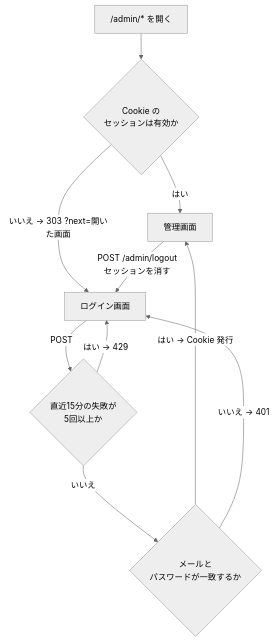
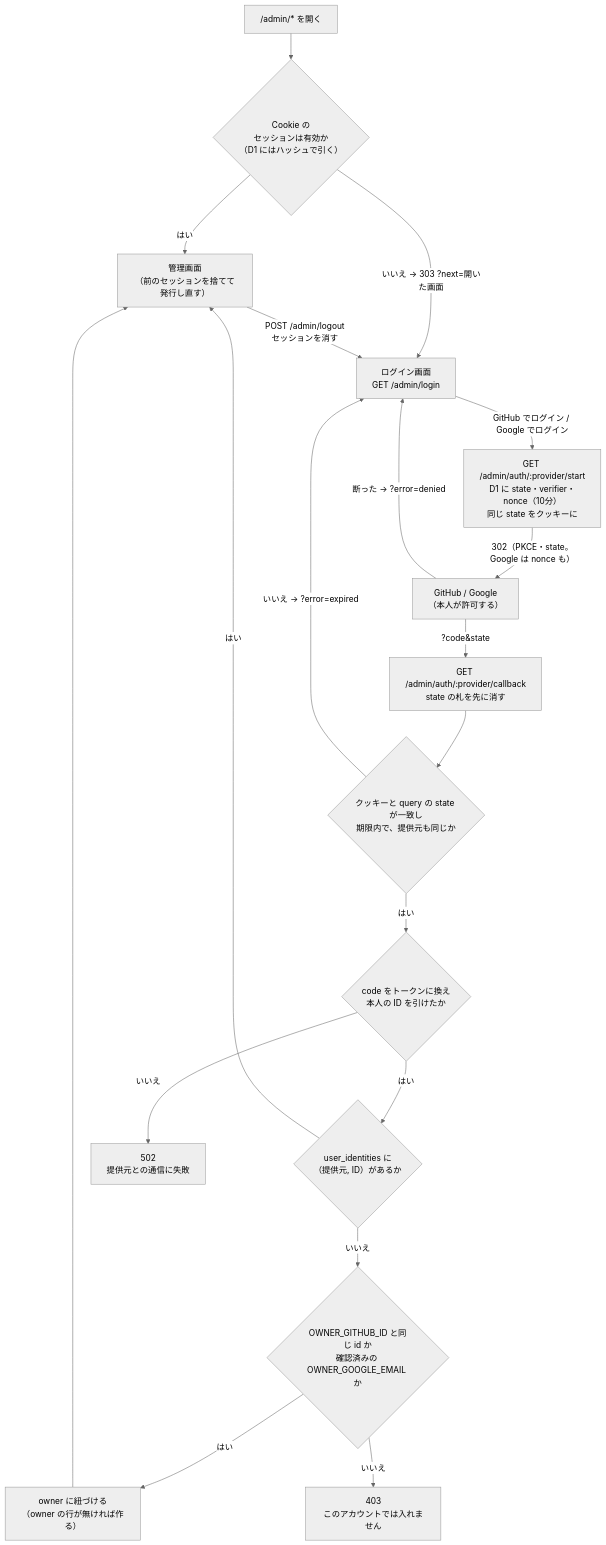
One commit to iam74k4/Web-AstLog changed the third of 4 diagrams in docs/flow.md. Above: the diagram before and after it, drawn with Mermaid (neutral theme). The commit also changed other lines of this file and 26 other files, not shown here.

First line of the commit message:
feat: 管理画面のログインを GitHub / Google の OAuth にする — パスワードをやめる

````diff
--- a/docs/flow.md
+++ b/docs/flow.md
@@ -258,19 +264,36 @@
 ```mermaid
 flowchart TD
     Any["/admin/* を開く"]
-    Check{"Cookie の<br>セッションは有効か"}
-    Login["ログイン画面"]
-    Rate{"直近15分の失敗が<br>5回以上か"}
-    Verify{"メールと<br>パスワードが一致するか"}
-    Admin["管理画面"]
+    Check{"Cookie の<br>セッションは有効か<br>（D1 にはハッシュで引く）"}
+    Login["ログイン画面<br>GET /admin/login"]
+    Start["GET /admin/auth/:provider/start<br>D1 に state・verifier・nonce（10分）<br>同じ state をクッキーに"]
+    Provider["GitHub / Google<br>（本人が許可する）"]
+    Callback["GET /admin/auth/:provider/callback<br>state の札を先に消す"]
+    State{"クッキーと query の state が一致し<br>期限内で、提供元も同じか"}
+    Exchange{"code をトークンに換え<br>本人の ID を引けたか"}
+    Who{"user_identities に<br>（提供元, ID）があるか"}
+    Owner{"OWNER_GITHUB_ID と同じ id か<br>確認済みの OWNER_GOOGLE_EMAIL か"}
+    Link["owner に紐づける<br>（owner の行が無ければ作る）"]
+    Admin["管理画面<br>（前のセッションを捨てて発行し直す）"]
+    Refuse["403<br>このアカウントでは入れません"]
+    Broken["502<br>提供元との通信に失敗"]
 
     Any --> Check
     Check -->|"はい"| Admin
     Check -->|"いいえ → 303 ?next=開いた画面"| Login
-    Login -->|"POST"| Rate
-    Rate -->|"はい → 429"| Login
-    Rate -->|"いいえ"| Verify
-    Verify -->|"はい → Cookie 発行"| Admin
-    Verify -->|"いいえ → 401"| Login
+    Login -->|"GitHub でログイン / Google でログイン"| Start
+    Start -->|"302（PKCE・state。Google は nonce も）"| Provider
+    Provider -->|"断った → ?error=denied"| Login
+    Provider -->|"?code&state"| Callback
+    Callback --> State
+    State -->|"いいえ → ?error=expired"| Login
+    State -->|"はい"| Exchange
+    Exchange -->|"いいえ"| Broken
+    Exchange -->|"はい"| Who
+    Who -->|"はい"| Admin
+    Who -->|"いいえ"| Owner
+    Owner -->|"はい"| Link
+    Link --> Admin
+    Owner -->|"いいえ"| Refuse
     Admin -->|"POST /admin/logout<br>セッションを消す"| Login
 ```
````
